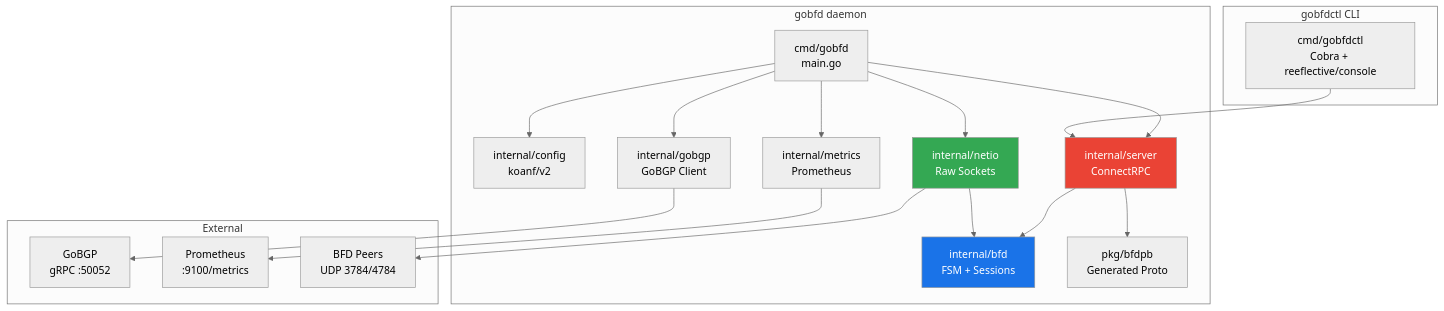
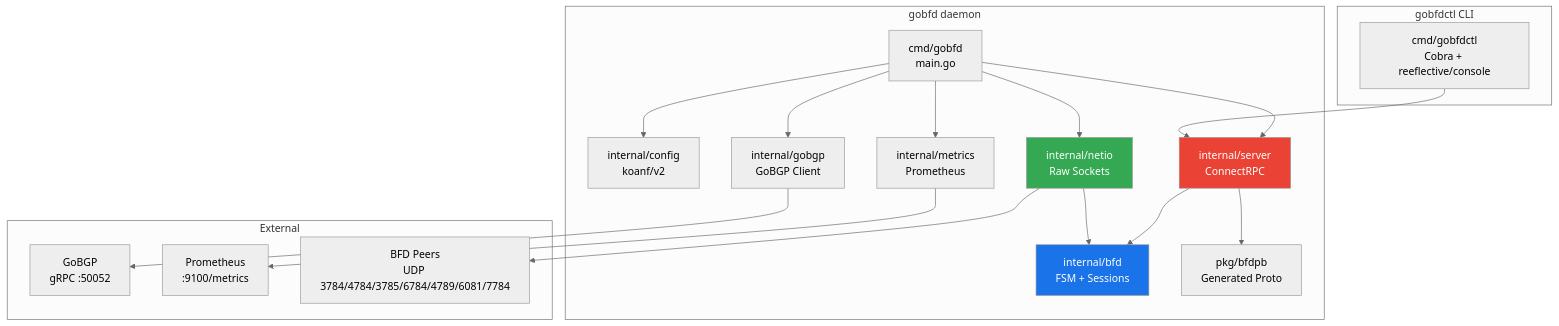
Before and after one commit to dantte-lp/gobfd: the first of 6 diagrams in docs/en/01-architecture.md, drawn with Mermaid (neutral theme). The commit also changed other lines of this file and 14 other files, not shown here.

````diff
--- a/docs/en/01-architecture.md
+++ b/docs/en/01-architecture.md
@@ -34,40 +36,40 @@
 ```mermaid
 graph TB
     subgraph "gobfd daemon"
         MAIN["cmd/gobfd<br/>main.go"]
         CFG["internal/config<br/>koanf/v2"]
         SRV["internal/server<br/>ConnectRPC"]
         BFD["internal/bfd<br/>FSM + Sessions"]
         NET["internal/netio<br/>Raw Sockets"]
         MET["internal/metrics<br/>Prometheus"]
         BGP["internal/gobgp<br/>GoBGP Client"]
         PB["pkg/bfdpb<br/>Generated Proto"]
     end
 
     subgraph "gobfdctl CLI"
         CLI["cmd/gobfdctl<br/>Cobra + reeflective/console"]
     end
 
     subgraph "External"
         GOBGP["GoBGP<br/>gRPC :50052"]
         PROM["Prometheus<br/>:9100/metrics"]
-        PEER["BFD Peers<br/>UDP 3784/4784"]
+        PEER["BFD Peers<br/>UDP 3784/4784/3785/6784/4789/6081/7784"]
     end
 
     MAIN --> CFG
     MAIN --> SRV
     MAIN --> NET
     MAIN --> MET
     MAIN --> BGP
     SRV --> BFD
     SRV --> PB
     NET --> BFD
     CLI --> SRV
     BGP --> GOBGP
     MET --> PROM
     NET --> PEER
 
     style BFD fill:#1a73e8,color:#fff
     style NET fill:#34a853,color:#fff
     style SRV fill:#ea4335,color:#fff
 ```
````
